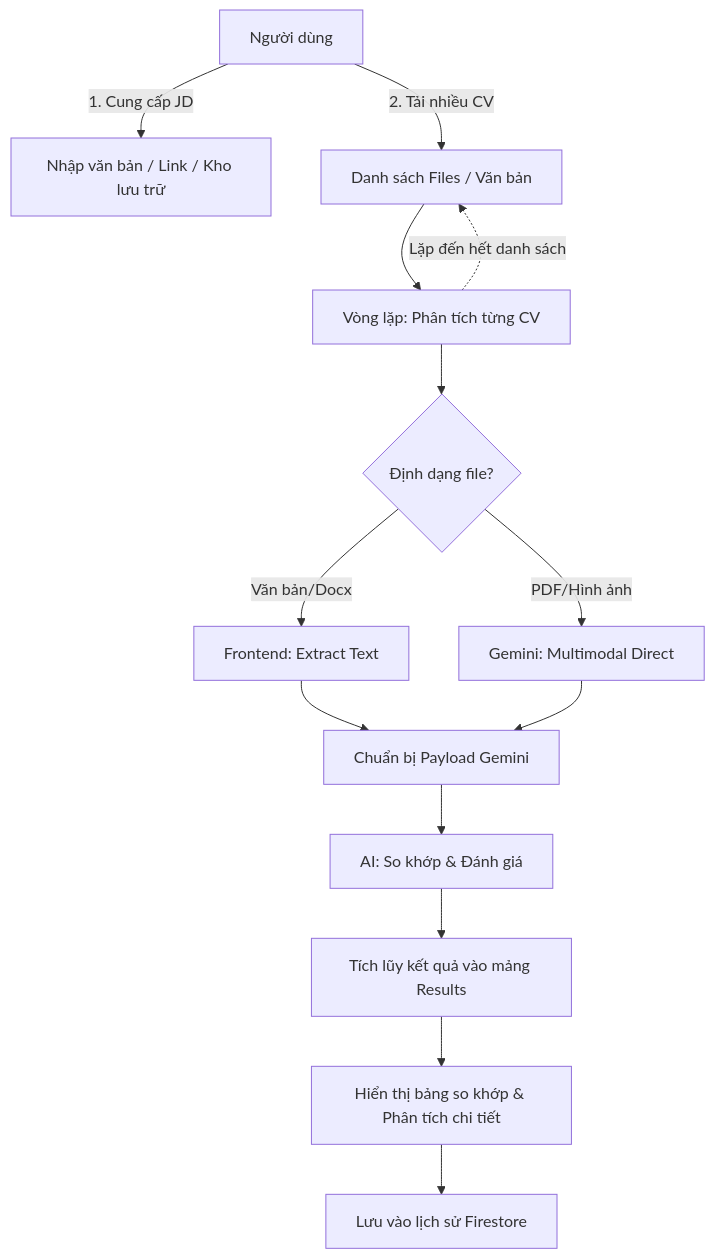
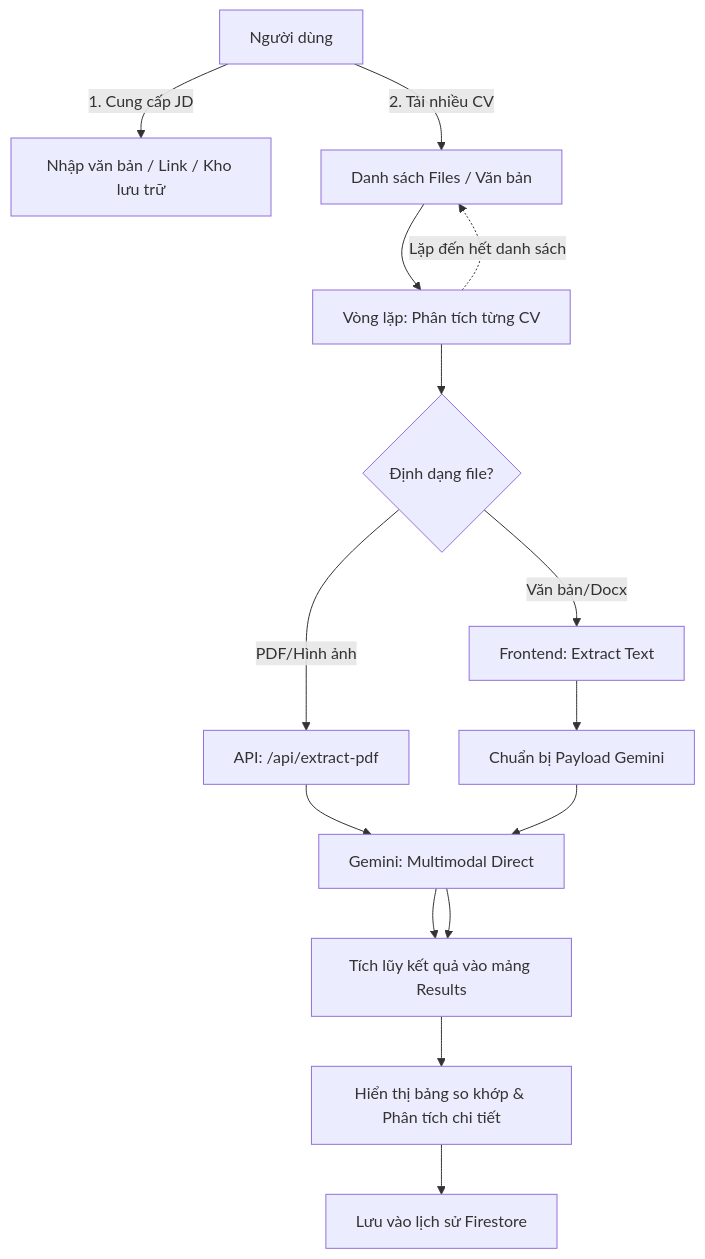
One commit to nghiepnguyen/CVCompareTN changed the diagram in docs/6_workflow.md. Above: the diagram before and after it, drawn with Mermaid. The commit also changed 69 other files, not shown here.

````diff
--- a/docs/6_workflow.md
+++ b/docs/6_workflow.md
@@ -7,16 +7,17 @@
 ```mermaid
 graph TD
     A[Người dùng] -->|1. Cung cấp JD| B[Nhập văn bản / Link / Kho lưu trữ]
     A -->|2. Tải nhiều CV| C[Danh sách Files / Văn bản]
     C --> D[Vòng lặp: Phân tích từng CV]
     D --> E{Định dạng file?}
     E -->|Văn bản/Docx| F[Frontend: Extract Text]
-    E -->|PDF/Hình ảnh| G[Gemini: Multimodal Direct]
+    E -->|PDF/Hình ảnh| G[API: /api/extract-pdf]
     F --> H[Chuẩn bị Payload Gemini]
-    G --> H
-    H --> I[AI: So khớp & Đánh giá]
+    G --> I[Gemini: Multimodal Direct]
+    H --> I
+    I --> J[AI: So khớp & Đánh giá]
     I --> J[Tích lũy kết quả vào mảng Results]
     D -.->|Lặp đến hết danh sách| C
     J --> K[Hiển thị bảng so khớp & Phân tích chi tiết]
     K --> L[Lưu vào lịch sử Firestore]
 ```
````
